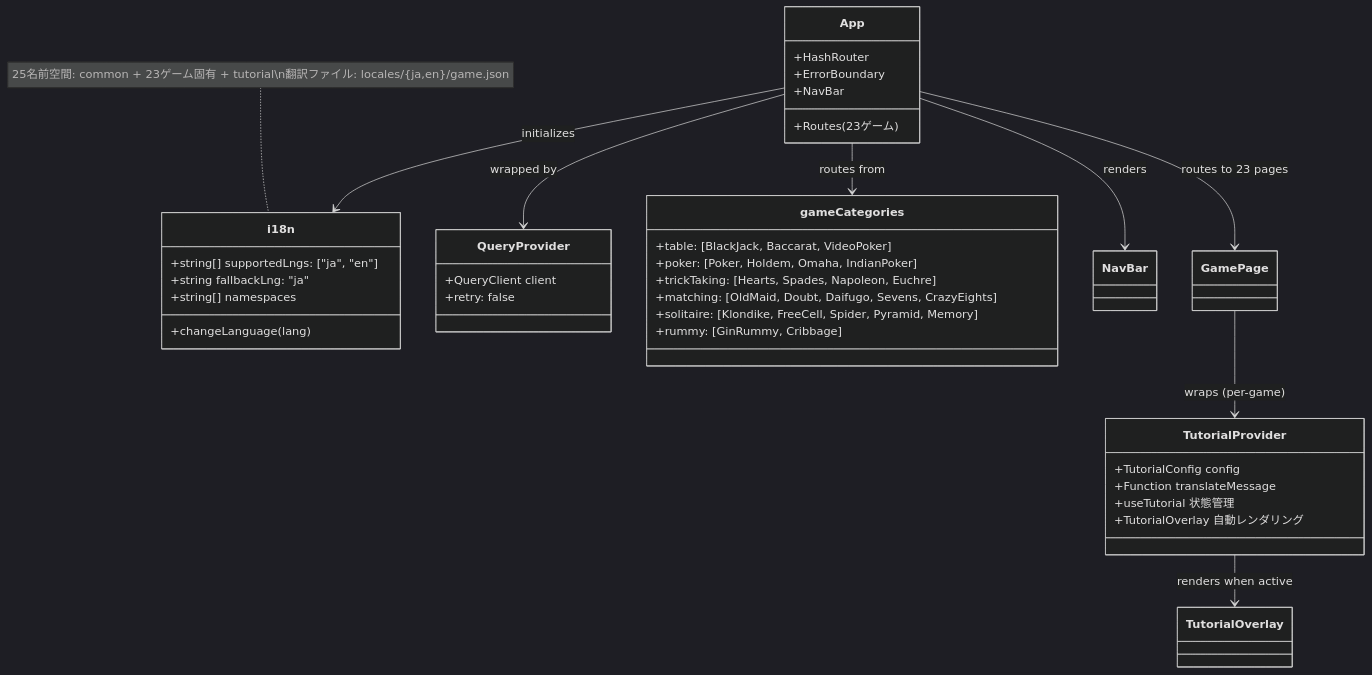
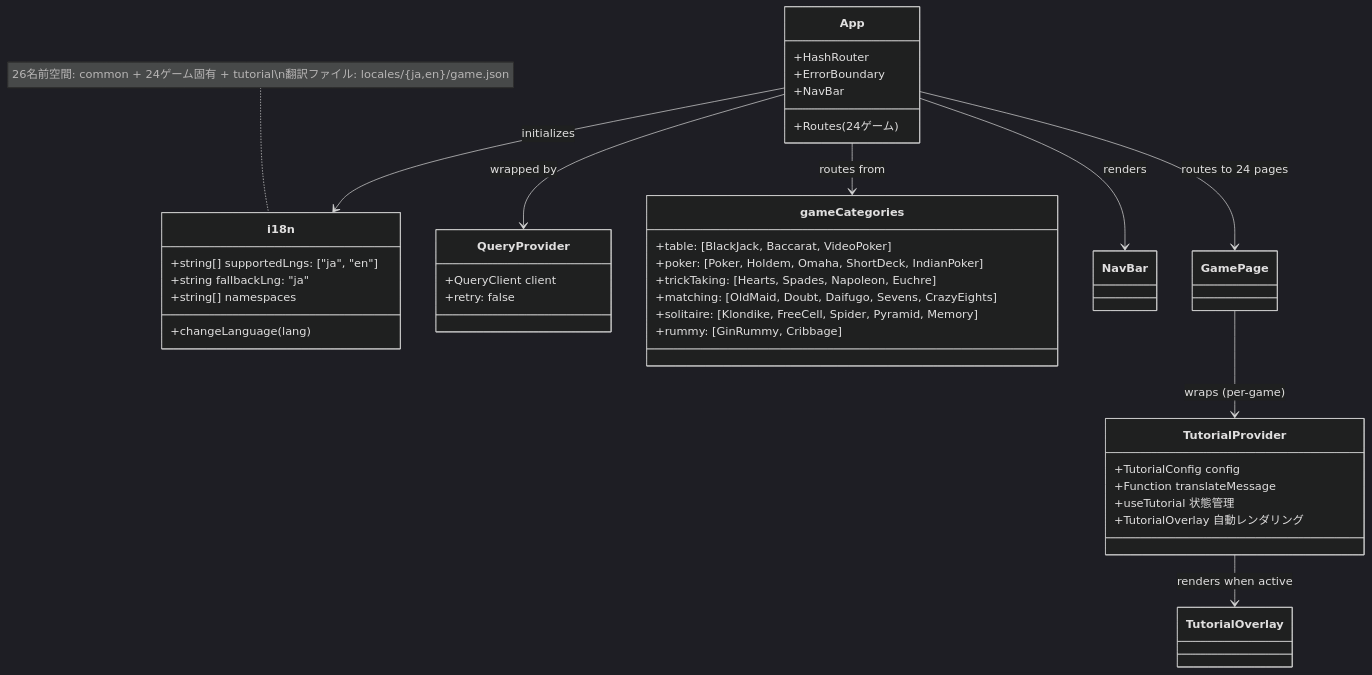
One commit to yuta-yoshinaga/go_trumpcards changed the eighth of 18 diagrams in docs/design/frontend.md. Above: the diagram before and after it, drawn with Mermaid (dark theme). The commit also changed other lines of this file and 62 other files, not shown here.

First line of the commit message:
feat: add Short Deck Hold'em (6+ Hold'em) card game

````diff
--- a/docs/design/frontend.md
+++ b/docs/design/frontend.md
@@ -779,47 +788,47 @@
 ```mermaid
 classDiagram
     class i18n {
         +string[] supportedLngs: ["ja", "en"]
         +string fallbackLng: "ja"
         +string[] namespaces
         +changeLanguage(lang)
     }
 
     class QueryProvider {
         +QueryClient client
         +retry: false
     }
 
     class App {
         +HashRouter
         +ErrorBoundary
         +NavBar
-        +Routes (23ゲーム)
+        +Routes (24ゲーム)
     }
 
     class gameCategories {
         +table: [BlackJack, Baccarat, VideoPoker]
-        +poker: [Poker, Holdem, Omaha, IndianPoker]
+        +poker: [Poker, Holdem, Omaha, ShortDeck, IndianPoker]
         +trickTaking: [Hearts, Spades, Napoleon, Euchre]
         +matching: [OldMaid, Doubt, Daifugo, Sevens, CrazyEights]
         +solitaire: [Klondike, FreeCell, Spider, Pyramid, Memory]
         +rummy: [GinRummy, Cribbage]
     }
 
     class TutorialProvider {
         +TutorialConfig config
         +Function translateMessage
         +useTutorial 状態管理
         +TutorialOverlay 自動レンダリング
     }
 
     App --> QueryProvider : wrapped by
     App --> i18n : initializes
     App --> gameCategories : routes from
     App --> NavBar : renders
-    App --> GamePage : routes to 23 pages
+    App --> GamePage : routes to 24 pages
     GamePage --> TutorialProvider : wraps (per-game)
     TutorialProvider --> TutorialOverlay : renders when active
 
-    note for i18n "25名前空間: common + 23ゲーム固有 + tutorial\n翻訳ファイル: locales/{ja,en}/game.json"
+    note for i18n "26名前空間: common + 24ゲーム固有 + tutorial\n翻訳ファイル: locales/{ja,en}/game.json"
 ```
````
